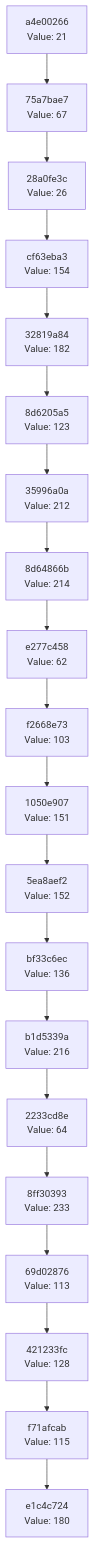
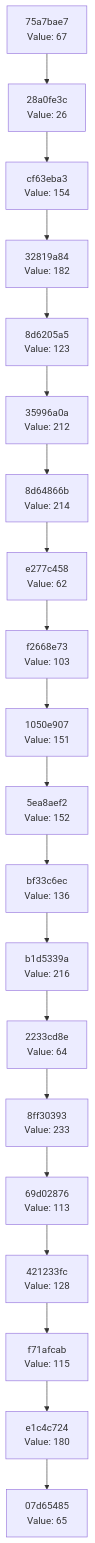
One commit to Abhisheksinha1506/hash-chain-evolver changed the diagram in docs/CHAIN_VISUALIZATION.md. Above: the diagram before and after it, drawn with Mermaid. The commit also changed 2 other files, not shown here.

Commit message:
Evolution Step

````diff
--- a/docs/CHAIN_VISUALIZATION.md
+++ b/docs/CHAIN_VISUALIZATION.md
@@ -3,42 +3,42 @@
 ```mermaid
 graph TD
-    C0["e1c4c724<br/>Value: 180"]
-    C1["f71afcab<br/>Value: 115"]
+    C0["07d65485<br/>Value: 65"]
+    C1["e1c4c724<br/>Value: 180"]
     C1 --> C0
-    C2["421233fc<br/>Value: 128"]
+    C2["f71afcab<br/>Value: 115"]
     C2 --> C1
-    C3["69d02876<br/>Value: 113"]
+    C3["421233fc<br/>Value: 128"]
     C3 --> C2
-    C4["8ff30393<br/>Value: 233"]
+    C4["69d02876<br/>Value: 113"]
     C4 --> C3
-    C5["2233cd8e<br/>Value: 64"]
+    C5["8ff30393<br/>Value: 233"]
     C5 --> C4
-    C6["b1d5339a<br/>Value: 216"]
+    C6["2233cd8e<br/>Value: 64"]
     C6 --> C5
-    C7["bf33c6ec<br/>Value: 136"]
+    C7["b1d5339a<br/>Value: 216"]
     C7 --> C6
-    C8["5ea8aef2<br/>Value: 152"]
+    C8["bf33c6ec<br/>Value: 136"]
     C8 --> C7
-    C9["1050e907<br/>Value: 151"]
+    C9["5ea8aef2<br/>Value: 152"]
     C9 --> C8
-    C10["f2668e73<br/>Value: 103"]
+    C10["1050e907<br/>Value: 151"]
     C10 --> C9
-    C11["e277c458<br/>Value: 62"]
+    C11["f2668e73<br/>Value: 103"]
     C11 --> C10
-    C12["8d64866b<br/>Value: 214"]
+    C12["e277c458<br/>Value: 62"]
     C12 --> C11
-    C13["35996a0a<br/>Value: 212"]
+    C13["8d64866b<br/>Value: 214"]
     C13 --> C12
-    C14["8d6205a5<br/>Value: 123"]
+    C14["35996a0a<br/>Value: 212"]
     C14 --> C13
-    C15["32819a84<br/>Value: 182"]
+    C15["8d6205a5<br/>Value: 123"]
     C15 --> C14
-    C16["cf63eba3<br/>Value: 154"]
+    C16["32819a84<br/>Value: 182"]
     C16 --> C15
-    C17["28a0fe3c<br/>Value: 26"]
+    C17["cf63eba3<br/>Value: 154"]
     C17 --> C16
-    C18["75a7bae7<br/>Value: 67"]
+    C18["28a0fe3c<br/>Value: 26"]
     C18 --> C17
-    C19["a4e00266<br/>Value: 21"]
+    C19["75a7bae7<br/>Value: 67"]
     C19 --> C18
 ```
````
